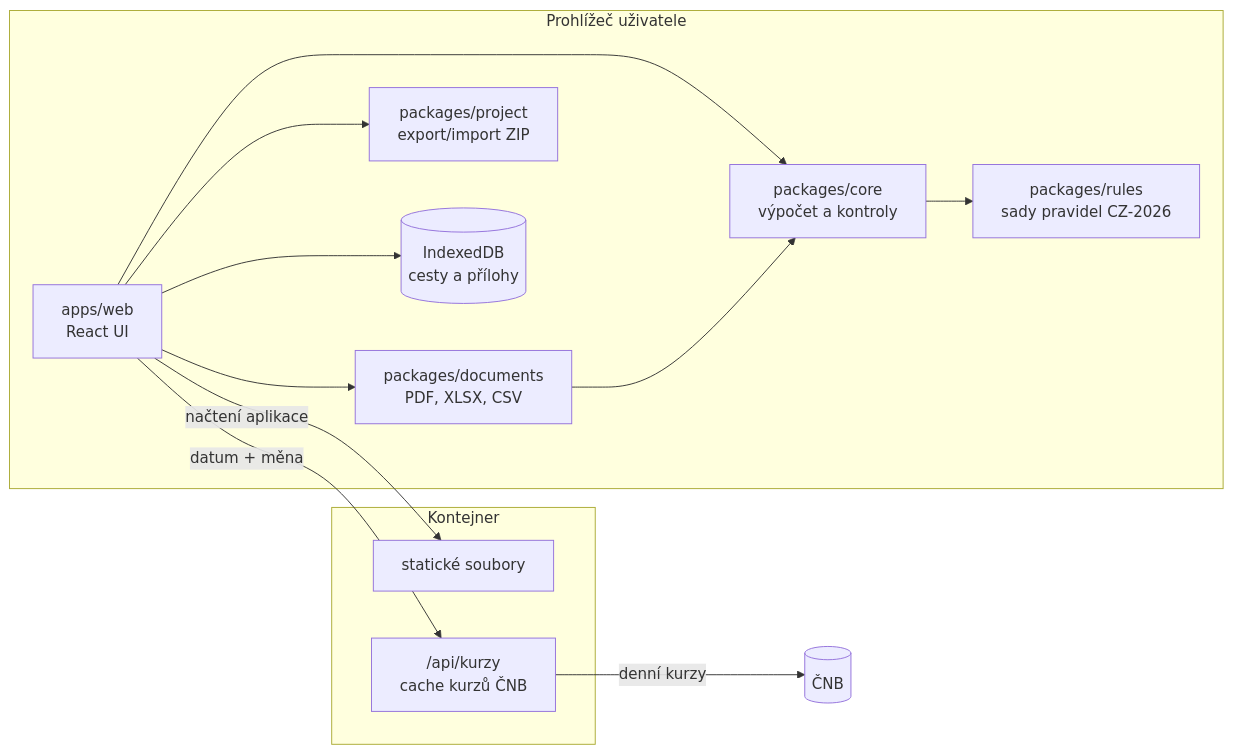
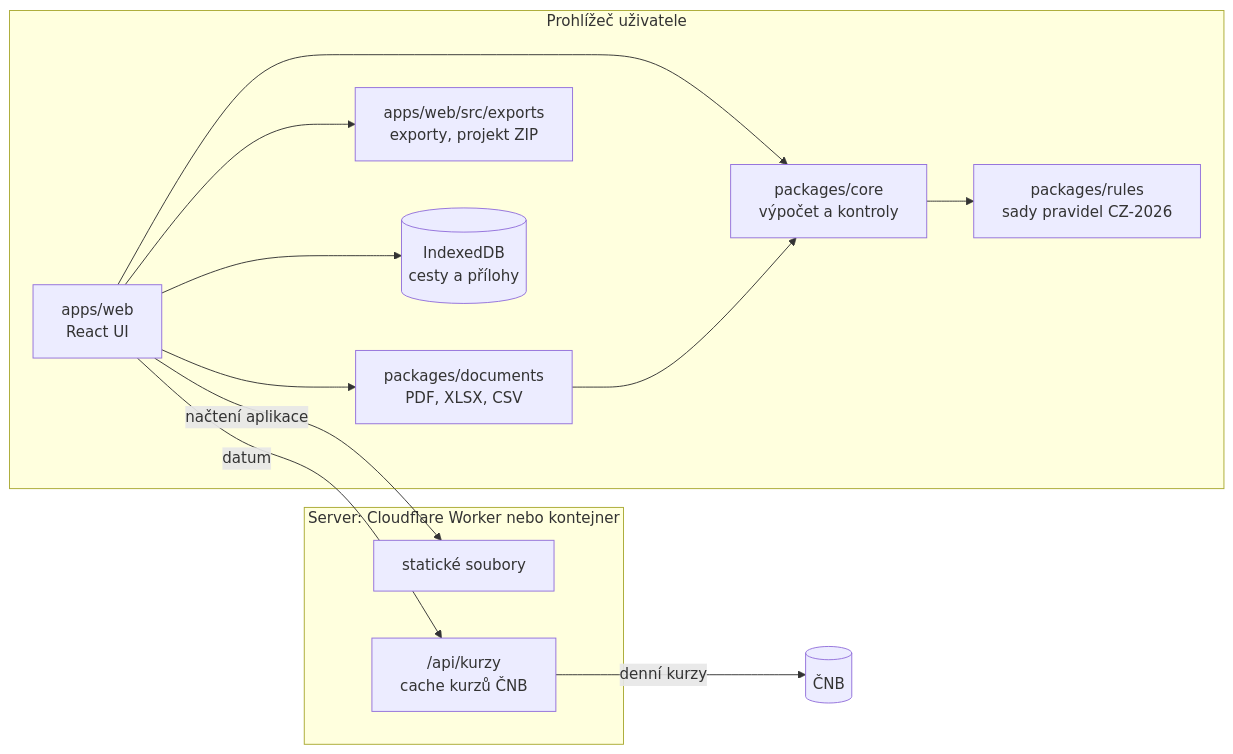
One commit to javor55/cestovni-prikazy changed the diagram in docs/05-technicky-navrh.md. Above: the diagram before and after it, drawn with Mermaid. The commit also changed other lines of this file and 44 other files, not shown here.

````diff
--- a/docs/05-technicky-navrh.md
+++ b/docs/05-technicky-navrh.md
@@ -35,18 +35,18 @@
 ```mermaid
 flowchart LR
   subgraph Prohlizec[Prohlížeč uživatele]
     UI[apps/web<br/>React UI] --> CORE[packages/core<br/>výpočet a kontroly]
     CORE --> RULES[packages/rules<br/>sady pravidel CZ-2026]
     UI --> DOCS[packages/documents<br/>PDF, XLSX, CSV]
-    UI --> PROJ[packages/project<br/>export/import ZIP]
+    UI --> PROJ[apps/web/src/exports<br/>exporty, projekt ZIP]
     UI --> IDB[(IndexedDB<br/>cesty a přílohy)]
     DOCS --> CORE
   end
-  subgraph Server[Kontejner]
+  subgraph Server[Server: Cloudflare Worker nebo kontejner]
     STATIC[statické soubory]
     API["/api/kurzy<br/>cache kurzů ČNB"]
   end
   UI -- načtení aplikace --> STATIC
-  UI -- datum + měna --> API
+  UI -- datum --> API
   API -- denní kurzy --> CNB[(ČNB)]
 ```
````
